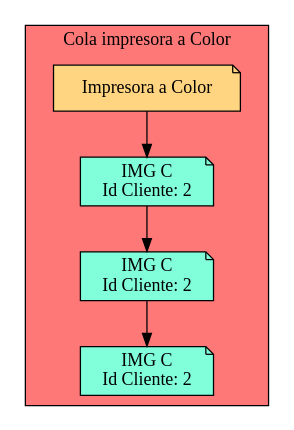
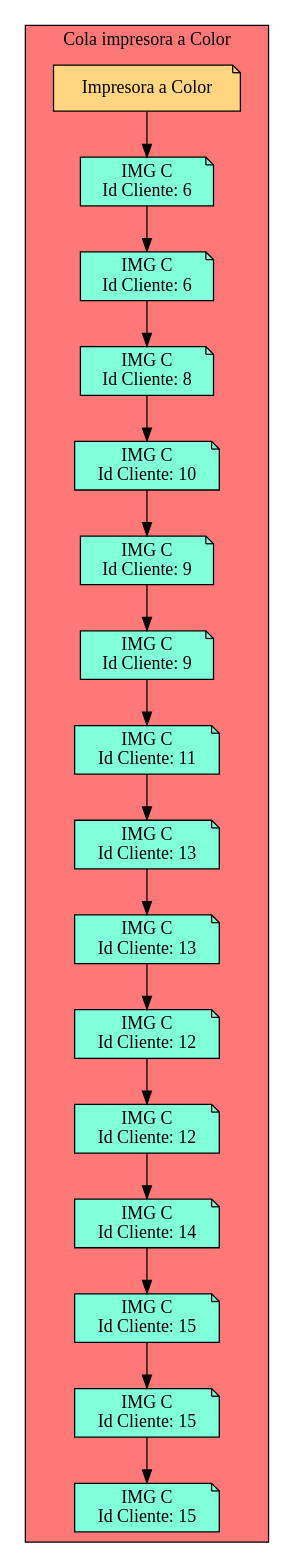
The diagram in Cola_Print_color.dot (Serch-ING/EDD_UDRAWING_202000119), drawn with Graphviz before and after one commit. The commit also changed 13 other files, not shown here.

```diff
--- a/Cola_Print_color.dot
+++ b/Cola_Print_color.dot
@@ -1,17 +1,65 @@
 digraph L {
 node[shape=note fillcolor="#A181FF" style =filled]
 subgraph cluster_p{
     label= " Cola impresora a Color "
  raiz[label = "Impresora a Color" fillcolor="#FFD581" ]    bgcolor = "#FF7878"
-Nodo24119573[label="IMG C 
-Id Cliente: 2",fillcolor="#81FFDA"]
-Nodo568221876[label="IMG C 
-Id Cliente: 2",fillcolor="#81FFDA"]
-Nodo203849460[label="IMG C 
-Id Cliente: 2",fillcolor="#81FFDA"]
+Nodo1233990028[label="IMG C 
+Id Cliente: 6",fillcolor="#81FFDA"]
+Nodo1847008471[label="IMG C 
+Id Cliente: 6",fillcolor="#81FFDA"]
+Nodo1932831450[label="IMG C 
+Id Cliente: 8",fillcolor="#81FFDA"]
+Nodo1904253191[label="IMG C 
+Id Cliente: 10",fillcolor="#81FFDA"]
+Nodo1021436681[label="IMG C 
+Id Cliente: 9",fillcolor="#81FFDA"]
+Nodo1790585734[label="IMG C 
+Id Cliente: 9",fillcolor="#81FFDA"]
+Nodo842741472[label="IMG C 
+Id Cliente: 11",fillcolor="#81FFDA"]
+Nodo112797691[label="IMG C 
+Id Cliente: 13",fillcolor="#81FFDA"]
+Nodo1045997582[label="IMG C 
+Id Cliente: 13",fillcolor="#81FFDA"]
+Nodo1741979653[label="IMG C 
+Id Cliente: 12",fillcolor="#81FFDA"]
+Nodo166794956[label="IMG C 
+Id Cliente: 12",fillcolor="#81FFDA"]
+Nodo1364913072[label="IMG C 
+Id Cliente: 14",fillcolor="#81FFDA"]
+Nodo1549725679[label="IMG C 
+Id Cliente: 15",fillcolor="#81FFDA"]
+Nodo371800738[label="IMG C 
+Id Cliente: 15",fillcolor="#81FFDA"]
+Nodo1364767791[label="IMG C 
+Id Cliente: 15",fillcolor="#81FFDA"]
 
-raiz->Nodo24119573
-Nodo24119573 -> Nodo568221876
+raiz->Nodo1233990028
+Nodo1233990028 -> Nodo1847008471
 
-Nodo568221876 -> Nodo203849460
+Nodo1847008471 -> Nodo1932831450
+
+Nodo1932831450 -> Nodo1904253191
+
+Nodo1904253191 -> Nodo1021436681
+
+Nodo1021436681 -> Nodo1790585734
+
+Nodo1790585734 -> Nodo842741472
+
+Nodo842741472 -> Nodo112797691
+
+Nodo112797691 -> Nodo1045997582
+
+Nodo1045997582 -> Nodo1741979653
+
+Nodo1741979653 -> Nodo166794956
+
+Nodo166794956 -> Nodo1364913072
+
+Nodo1364913072 -> Nodo1549725679
+
+Nodo1549725679 -> Nodo371800738
+
+Nodo371800738 -> Nodo1364767791
 }}
```
